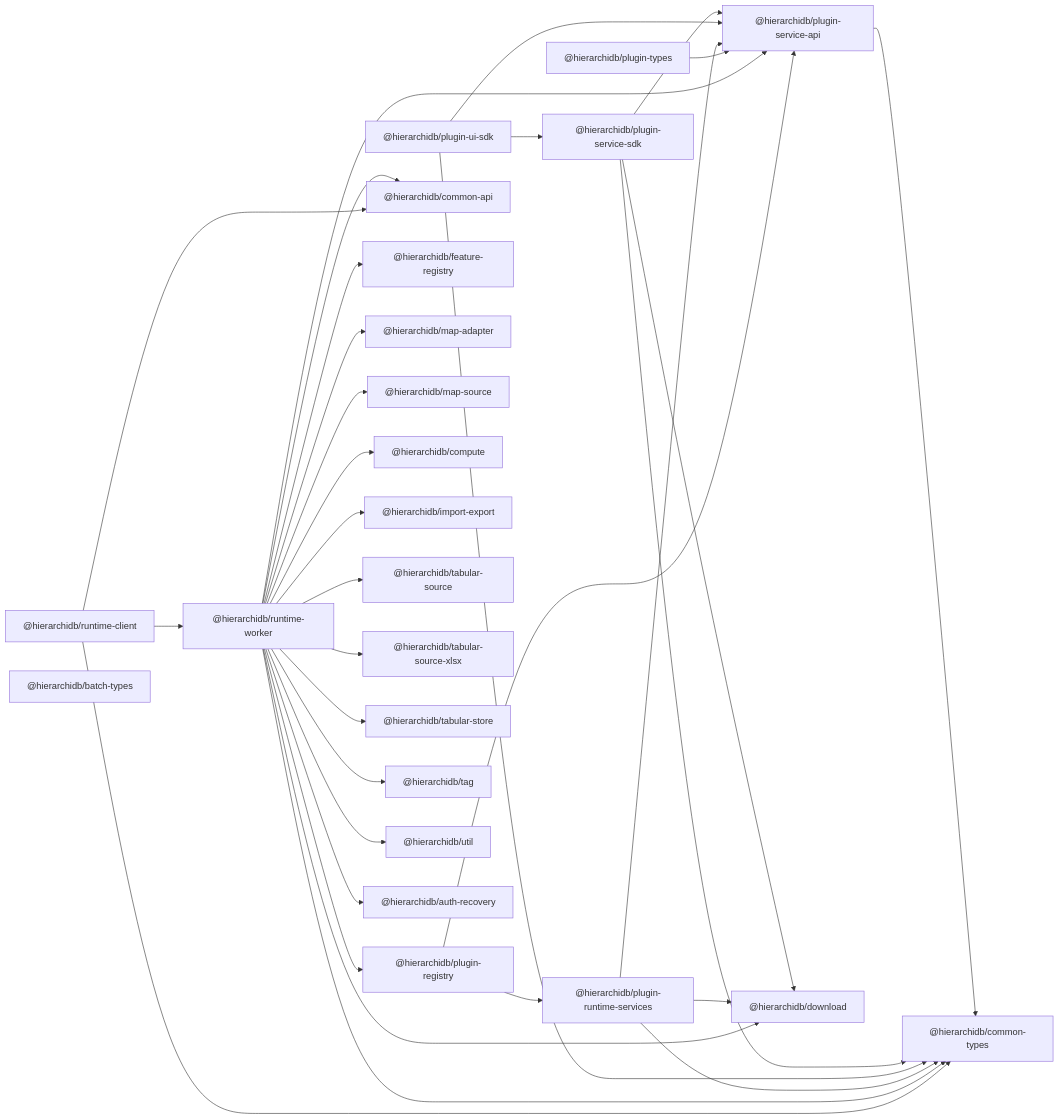
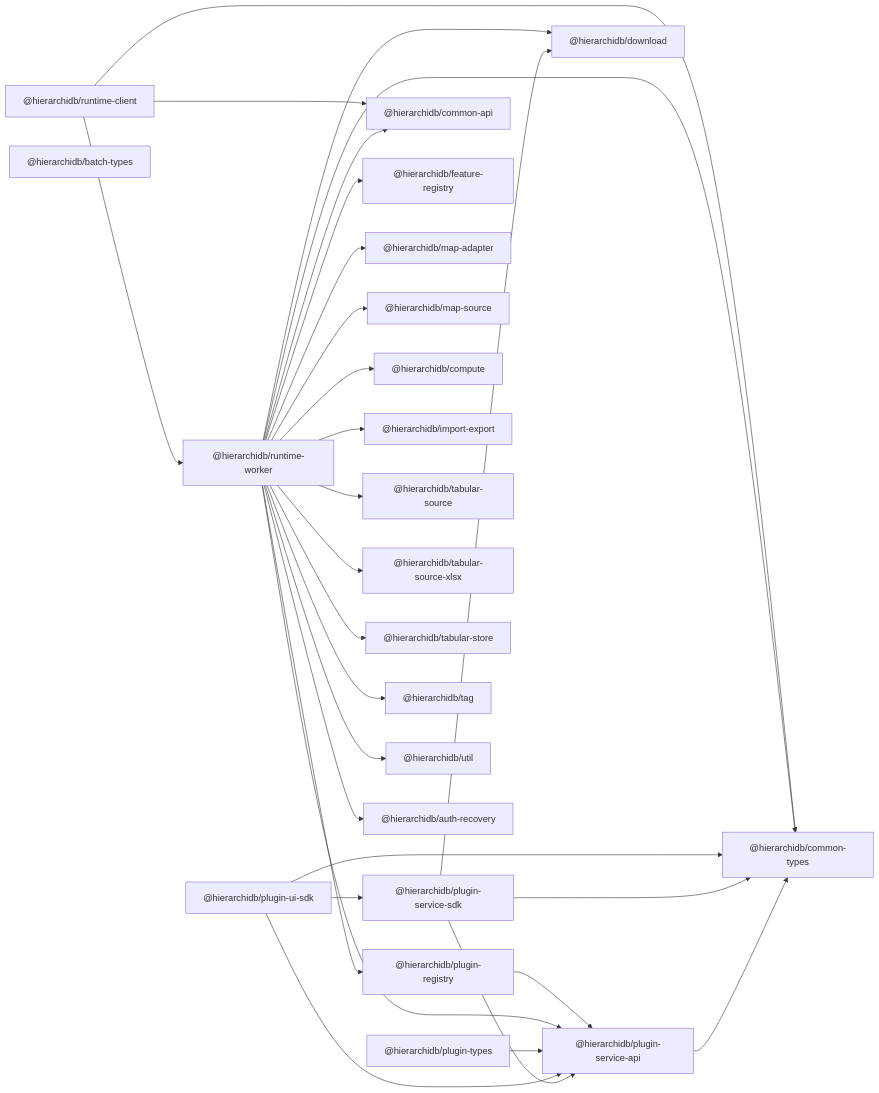
The diagram in docs/plugin-core-deps.md (kubohiroya/hierarchidb), drawn with Mermaid before and after one commit. The commit also changed 69 other files, not shown here.

First line of the commit message:
refactor: remove deprecated runtime services and ephemeral utilities

````diff
--- a/docs/plugin-core-deps.md
+++ b/docs/plugin-core-deps.md
@@ -1,73 +1,67 @@
 ```mermaid
 graph LR
   %% Core SDK layer
   PSA["@hierarchidb/plugin-service-api"]
   PSS["@hierarchidb/plugin-service-sdk"]
   PUI["@hierarchidb/plugin-ui-sdk"]
-  PRS["@hierarchidb/plugin-runtime-services"]
   PTS["@hierarchidb/plugin-types"]
   PR["@hierarchidb/plugin-registry"]
 
   %% Runtime consumers
   RW["@hierarchidb/runtime-worker"]
   RC["@hierarchidb/runtime-client"]
 
   %% Shared libraries (light nodes)
   CT["@hierarchidb/common-types"]
   CA["@hierarchidb/common-api"]
   BT["@hierarchidb/batch-types"]
   DL["@hierarchidb/download"]
   FR["@hierarchidb/feature-registry"]
   MAP["@hierarchidb/map-adapter"]
   MS["@hierarchidb/map-source"]
   CMP["@hierarchidb/compute"]
   IE["@hierarchidb/import-export"]
   TS["@hierarchidb/tabular-source"]
   TSX["@hierarchidb/tabular-source-xlsx"]
   TST["@hierarchidb/tabular-store"]
   TAG["@hierarchidb/tag"]
   UTIL["@hierarchidb/util"]
   AUTH["@hierarchidb/auth-recovery"]
 
   %% Edges from core SDK packages
   PSA --> CT
 
   PSS --> PSA
   PSS --> CT
   PSS --> DL
 
   PUI --> PSS
   PUI --> PSA
   PUI --> CT
 
-  PRS --> PSA
-  PRS --> CT
-  PRS --> DL
-
   PTS --> PSA
 
   %% Runtime dependencies
   RW --> PR
   RW --> PSA
   RW --> CA
   RW --> CT
   RW --> FR
   RW --> MAP
   RW --> MS
   RW --> CMP
   RW --> IE
   RW --> DL
   RW --> TS
   RW --> TSX
   RW --> TST
   RW --> TAG
   RW --> UTIL
   RW --> AUTH
 
   RC --> RW
   RC --> CA
   RC --> CT
 
   PR --> PSA
-  PR --> PRS
 ```
````
